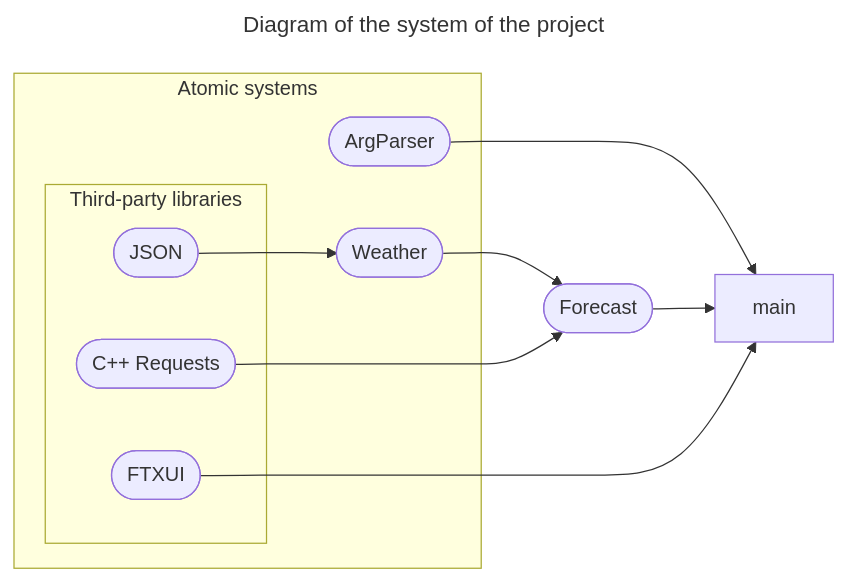
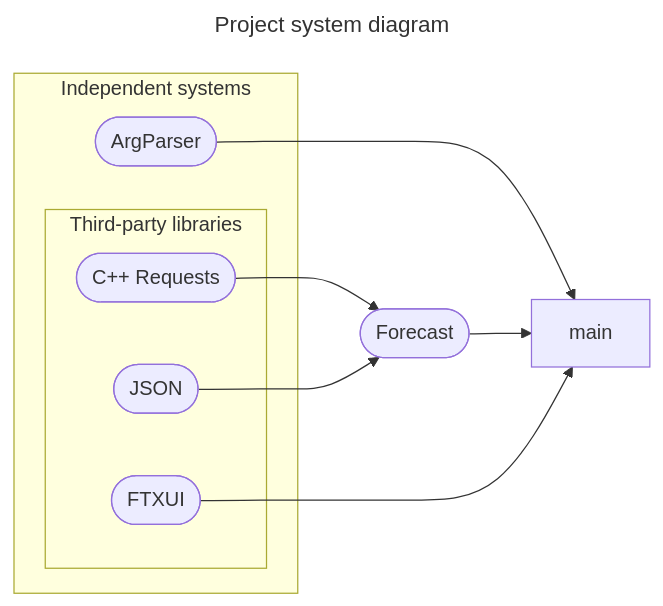
The first of 2 diagrams in docs/dev/architecture.md (bialger/weather-forecast), drawn with Mermaid before and after one commit. The commit also changed other lines of this file and 1 other file, not shown here.

Commit message:
Documentation update: added Forecast module documentation.

````diff
--- a/docs/dev/architecture.md
+++ b/docs/dev/architecture.md
@@ -23,24 +23,21 @@
 ```mermaid
 ---
-title: Diagram of the system of the project
+title: Project system diagram
 ---
 flowchart LR
-    subgraph Atomic systems
+    subgraph Independent systems
         nodeArgParser([ArgParser])
-      nodeWeather([Weather])
         subgraph Third-party libraries
-          nodeCPR([C++ Requests])
-          nodeJSON([JSON])
-          nodeFTXUI([FTXUI])
+            nodeCPR([C++ Requests])
+            nodeJSON([JSON])
+            nodeFTXUI([FTXUI])
         end
     end
+    nodeForecast([Forecast])
     nodeMain[main]
-    nodeForecast([Forecast])
-    
     nodeArgParser --> nodeMain
     nodeForecast --> nodeMain
-    nodeWeather --> nodeForecast
     nodeCPR --> nodeForecast
-    nodeJSON --> nodeWeather
+    nodeJSON --> nodeForecast
     nodeFTXUI --> nodeMain
 ```
````
